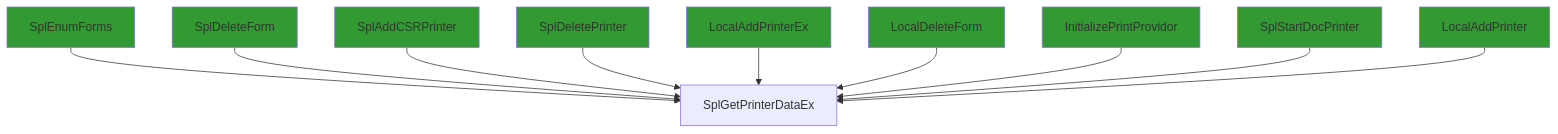
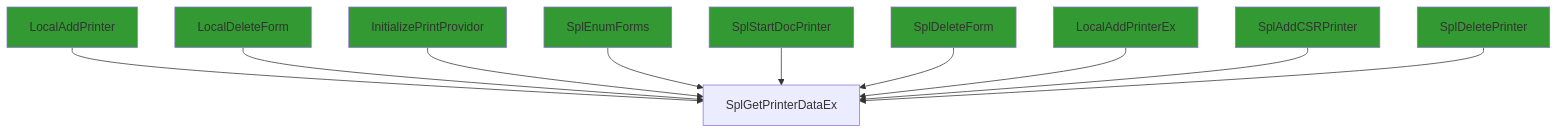
The second of 4 diagrams in .callgraphs/localspl.dll.x64.10.0.22000.376/SplGetPrinterDataEx.flow.md (clearbluejar/ghidra-pyhidra-callgraphs), drawn with Mermaid before and after one commit. The commit also changed other lines of this file and 15 other files, not shown here.

Commit message:
update with mermaid live links

````diff
--- a/.callgraphs/localspl.dll.x64.10.0.22000.376/SplGetPrinterDataEx.flow.md
+++ b/.callgraphs/localspl.dll.x64.10.0.22000.376/SplGetPrinterDataEx.flow.md
@@ -81,14 +85,14 @@
 ```mermaid
 flowchart TD
 classDef shaded fill:#339933
-1["SplEnumForms"]:::shaded --> root["SplGetPrinterDataEx"]
-5["SplDeleteForm"]:::shaded --> root["SplGetPrinterDataEx"]
-7["SplAddCSRPrinter"]:::shaded --> root["SplGetPrinterDataEx"]
-2["SplDeletePrinter"]:::shaded --> root["SplGetPrinterDataEx"]
-4["LocalAddPrinterEx"]:::shaded --> root["SplGetPrinterDataEx"]
-0["LocalDeleteForm"]:::shaded --> root["SplGetPrinterDataEx"]
-3["InitializePrintProvidor"]:::shaded --> root["SplGetPrinterDataEx"]
-6["SplStartDocPrinter"]:::shaded --> root["SplGetPrinterDataEx"]
-8["LocalAddPrinter"]:::shaded --> root["SplGetPrinterDataEx"]
+7["LocalAddPrinter"]:::shaded --> root["SplGetPrinterDataEx"]
+1["LocalDeleteForm"]:::shaded --> root["SplGetPrinterDataEx"]
+5["InitializePrintProvidor"]:::shaded --> root["SplGetPrinterDataEx"]
+6["SplEnumForms"]:::shaded --> root["SplGetPrinterDataEx"]
+3["SplStartDocPrinter"]:::shaded --> root["SplGetPrinterDataEx"]
+2["SplDeleteForm"]:::shaded --> root["SplGetPrinterDataEx"]
+8["LocalAddPrinterEx"]:::shaded --> root["SplGetPrinterDataEx"]
+0["SplAddCSRPrinter"]:::shaded --> root["SplGetPrinterDataEx"]
+4["SplDeletePrinter"]:::shaded --> root["SplGetPrinterDataEx"]
 
 ```
````
